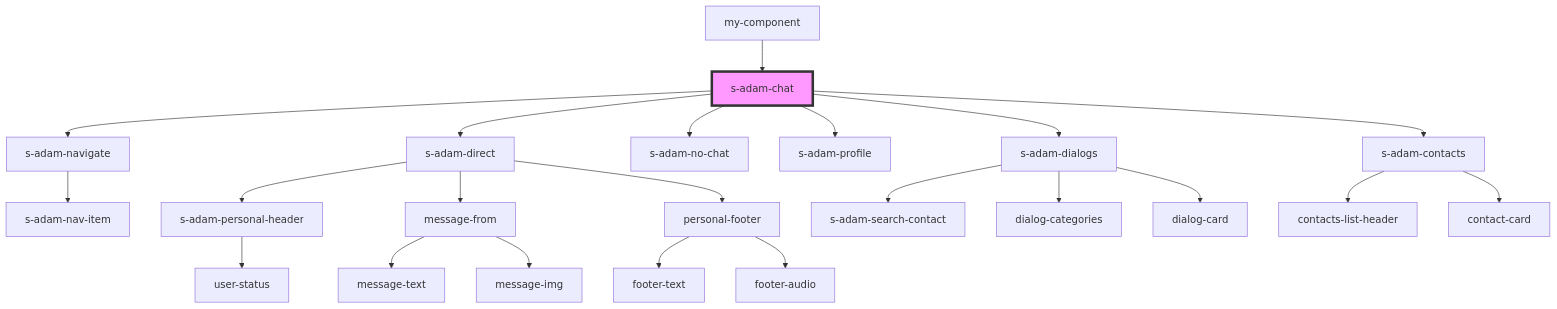
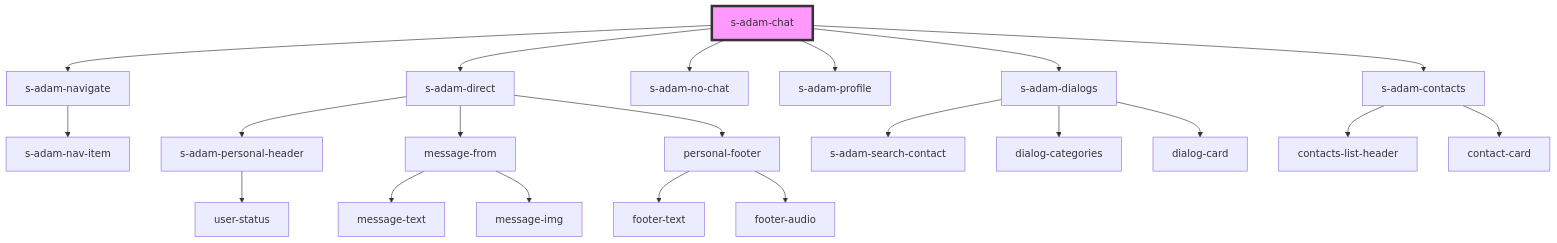
Before and after one commit to saqhan/stencil-chat: the diagram in src/components/comp/s-adam-chat/readme.md, drawn with Mermaid. The commit also changed other lines of this file and 15 other files, not shown here.

````diff
--- a/src/components/comp/s-adam-chat/readme.md
+++ b/src/components/comp/s-adam-chat/readme.md
@@ -31,25 +27,24 @@
 ```mermaid
 graph TD;
   s-adam-chat --> s-adam-navigate
   s-adam-chat --> s-adam-direct
   s-adam-chat --> s-adam-no-chat
   s-adam-chat --> s-adam-profile
   s-adam-chat --> s-adam-dialogs
   s-adam-chat --> s-adam-contacts
   s-adam-navigate --> s-adam-nav-item
   s-adam-direct --> s-adam-personal-header
   s-adam-direct --> message-from
   s-adam-direct --> personal-footer
   s-adam-personal-header --> user-status
   message-from --> message-text
   message-from --> message-img
   personal-footer --> footer-text
   personal-footer --> footer-audio
   s-adam-dialogs --> s-adam-search-contact
   s-adam-dialogs --> dialog-categories
   s-adam-dialogs --> dialog-card
   s-adam-contacts --> contacts-list-header
   s-adam-contacts --> contact-card
-  my-component --> s-adam-chat
   style s-adam-chat fill:#f9f,stroke:#333,stroke-width:4px
 ```
````
